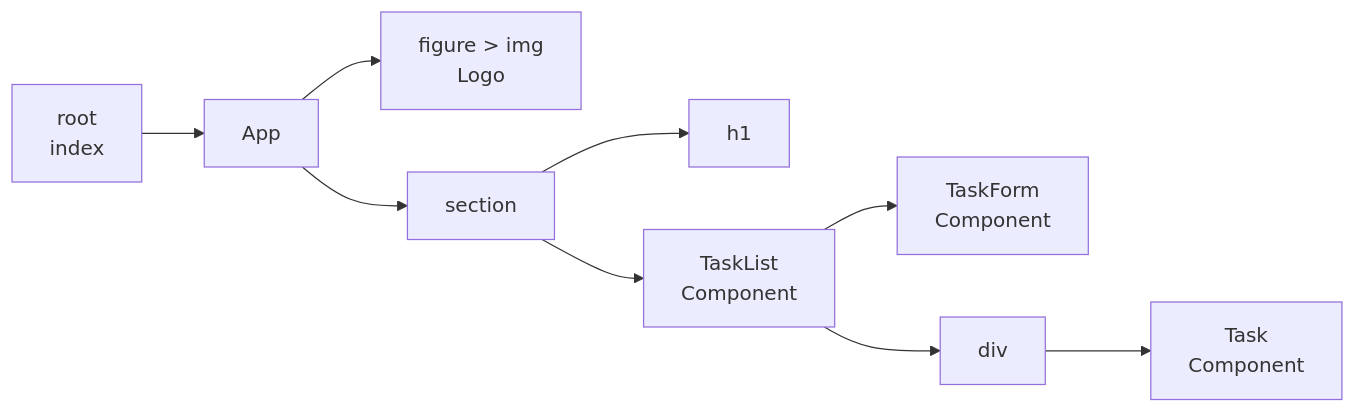
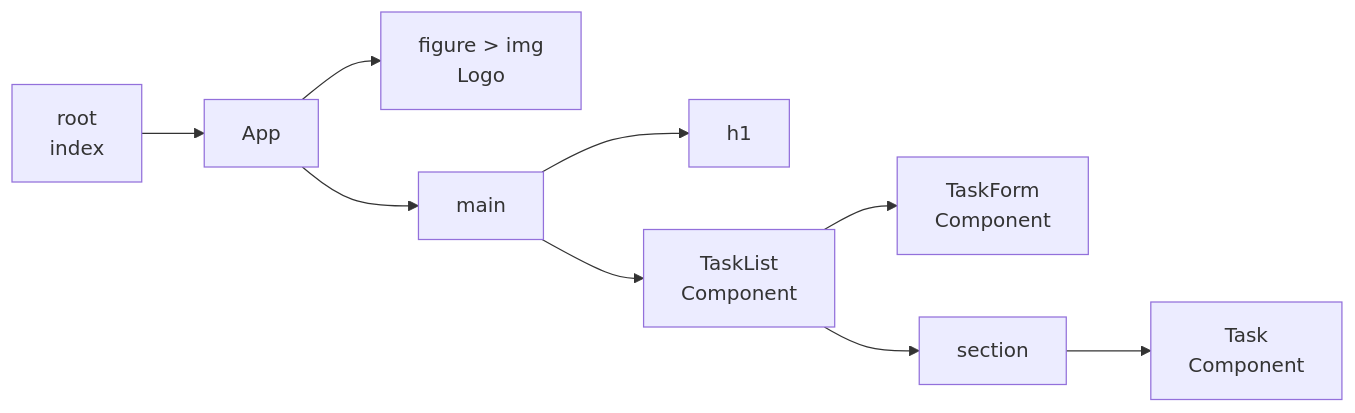
Before and after one commit to alevroses/react__tasks: the diagram in README.md, drawn with Mermaid. The commit also changed other lines of this file and 7 other files, not shown here.

````diff
--- a/README.md
+++ b/README.md
@@ -7,11 +7,11 @@
 ```mermaid
 graph LR
   A[root \n index] --> B[App]
   B --> C[figure > img \n Logo]
-  B --> E[section]
+  B --> E[main]
   E --> F[h1]
   E --> G[TaskList \n Component]
   G --> H[TaskForm \n Component]
-  G --> I[div]
+  G --> I[section]
   I --> J[Task \n Component]
 ```
````
